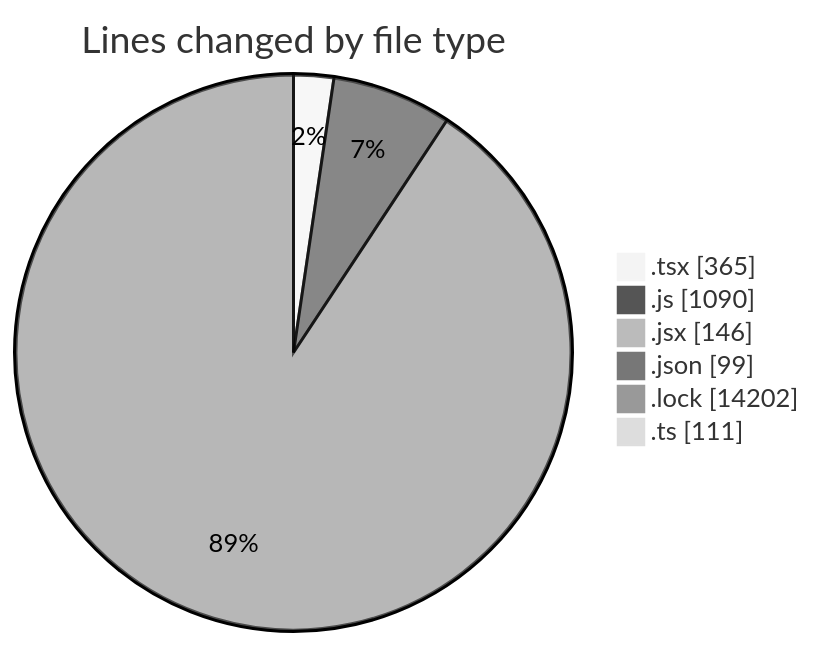
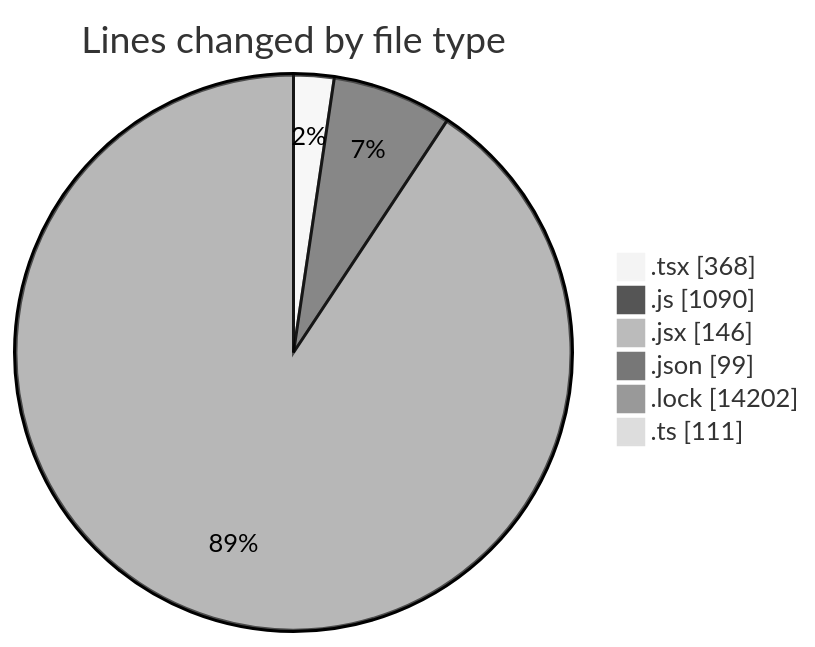
Before and after one commit to momahboobian/code-tracking: the first of 2 diagrams in 2025-05-08/cda/README.md, drawn with Mermaid (neutral theme). The commit also changed other lines of this file and 1 other file, not shown here.

````diff
--- a/2025-05-08/cda/README.md
+++ b/2025-05-08/cda/README.md
@@ -32,10 +32,10 @@
 ```mermaid
 pie showData
 title Lines changed by file type
-".tsx" : 365
+".tsx" : 368
 ".js" : 1090
 ".jsx" : 146
 ".json" : 99
 ".lock" : 14202
 ".ts" : 111
 ```
````
